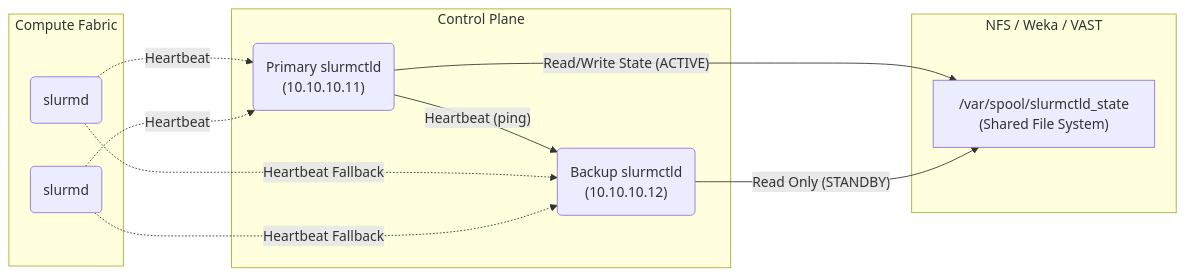
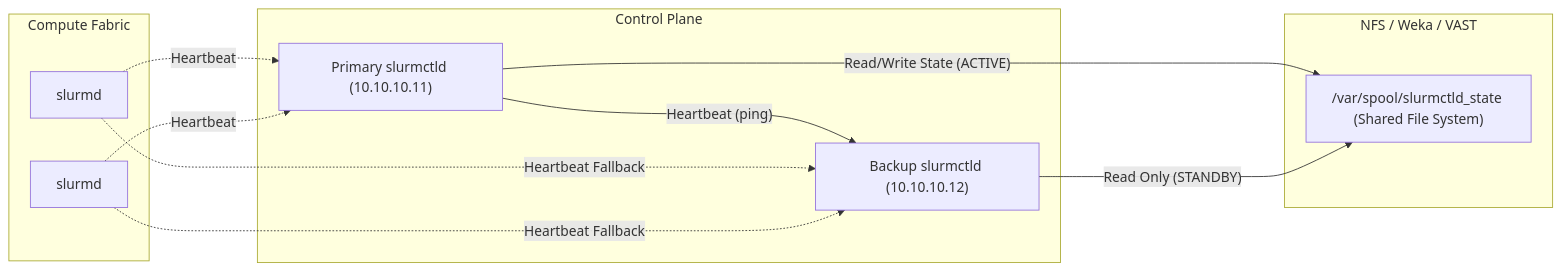
Before and after one commit to jithinpnjm/nvidia-devops: the second of 4 diagrams in docs/volume-10/06-slurm-administration-ha-accounting-and-upgrades.md, drawn with Mermaid. The commit also changed other lines of this file and 110 other files, not shown here.

Commit message:
docs(volume-1-10): complete second-pass refinement of formatting, visual diagrams, and code snippets

````diff
--- a/docs/volume-10/06-slurm-administration-ha-accounting-and-upgrades.md
+++ b/docs/volume-10/06-slurm-administration-ha-accounting-and-upgrades.md
@@ -269,31 +272,28 @@
 ```mermaid
 flowchart LR
     subgraph StorageLayer["NFS / Weka / VAST"]
-        StateSaveLocation["/var/spool/slurmctld_state
-        (Shared File System)"]
+        StateSaveLocation["/var/spool/slurmctld_state (Shared File System)"]
     end
     
     subgraph ControllerFabric["Control Plane"]
-        CTL1("Primary slurmctld
-        (10.10.10.11)") 
+        CTL1["Primary slurmctld (10.10.10.11)"] 
         
-        CTL2("Backup slurmctld
-        (10.10.10.12)")
+        CTL2["Backup slurmctld (10.10.10.12)"]
     end
     
     subgraph ComputeNodes["Compute Fabric"]
-        N1("slurmd")
-        N2("slurmd")
+        N1["slurmd"]
+        N2["slurmd"]
     end
     
-    CTL1 -- Read/Write State (ACTIVE) --> StateSaveLocation
-    CTL2 -- Read Only (STANDBY) --> StateSaveLocation
+    CTL1 -- "Read/Write State (ACTIVE)" ---> StateSaveLocation
+    CTL2 -- "Read Only (STANDBY)" ---> StateSaveLocation
     
-    CTL1 -- Heartbeat (ping) --> CTL2
+    CTL1 -- "Heartbeat (ping)" ---> CTL2
     
-    N1 -. Heartbeat .-> CTL1
-    N2 -. Heartbeat .-> CTL1
+    N1 -. "Heartbeat" .-> CTL1
+    N2 -. "Heartbeat" .-> CTL1
     
-    N1 -. Heartbeat Fallback .-> CTL2
-    N2 -. Heartbeat Fallback .-> CTL2
+    N1 -. "Heartbeat Fallback" .-> CTL2
+    N2 -. "Heartbeat Fallback" .-> CTL2
 ```
````
